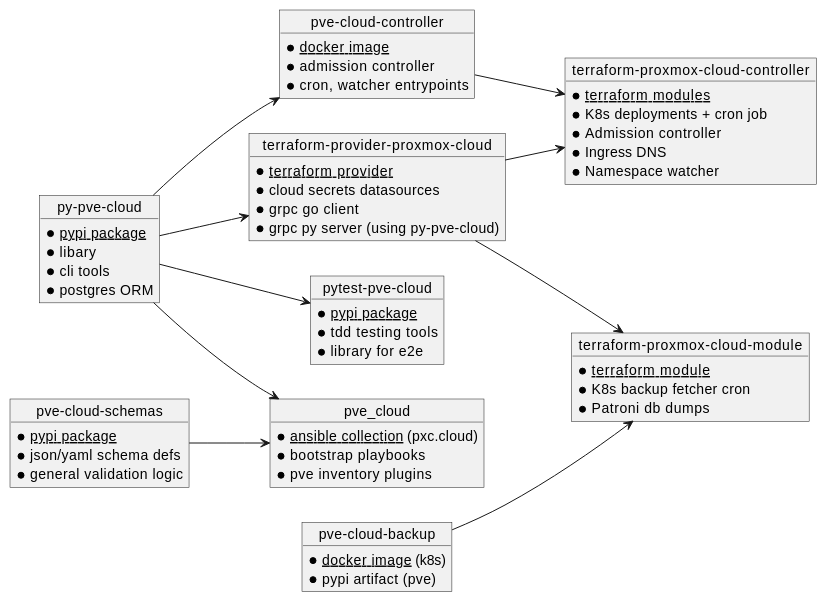
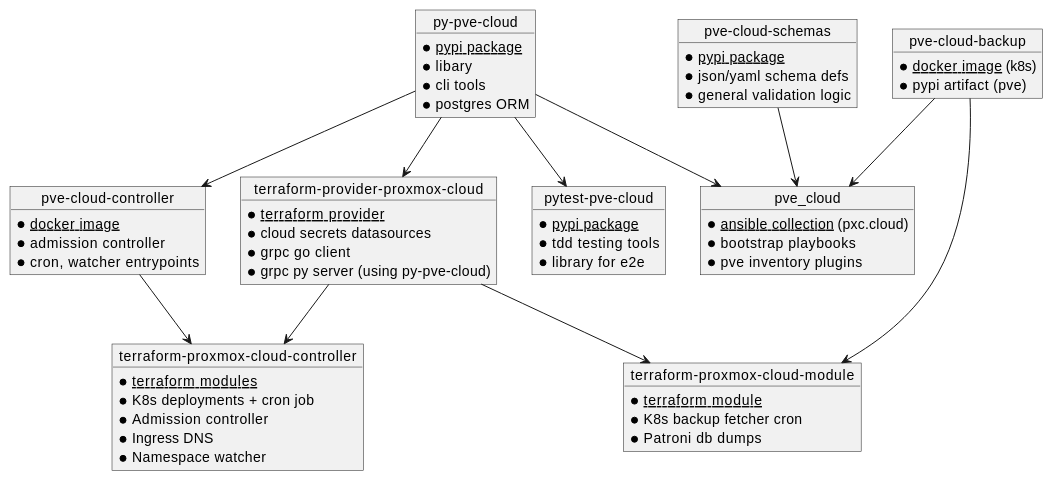
Before and after one commit to Proxmox-Cloud/pve_cloud: the diagram in docs/index.md, drawn with PlantUML.

````diff
--- a/docs/index.md
+++ b/docs/index.md
@@ -24,82 +24,82 @@
 ```puml
 @startuml
 
 ' Top-down hierarchy
-left to right direction
+top to bottom direction
 
 ' Define objects instead of packages
 object "py-pve-cloud" as py_pve_cloud {
    * <u>pypi package</u>
    * libary
    * cli tools
    * postgres ORM
 }
 
 
 object "terraform-provider-proxmox-cloud" as terraform_provider {
   * <u>terraform provider</u>
   * cloud secrets datasources
   * grpc go client
   * grpc py server (using py-pve-cloud)
 }
 
 object "terraform-proxmox-cloud-controller" as controller_module {
   * <u>terraform modules</u>
   * K8s deployments + cron job
   * Admission controller
   * Ingress DNS
   * Namespace watcher
 }
 
 object "terraform-proxmox-cloud-module" as backup_module {
   * <u>terraform module</u>
   * K8s backup fetcher cron
   * Patroni db dumps
 }
 
 object "pve-cloud-controller" as controller_image {
   * <u>docker image</u>
   * admission controller
   * cron, watcher entrypoints
 }
 
 object "pve-cloud-backup" as backup_image {
   * <u>docker image</u> (k8s)
   * pypi artifact (pve)
 }
 
 object "pve_cloud" as cloud_collection {
   * <u>ansible collection</u> (pxc.cloud)
   * bootstrap playbooks
   * pve inventory plugins
 }
 
 object "pve-cloud-schemas" as cloud_schemas {
   * <u>pypi package</u>
   * json/yaml schema defs
   * general validation logic
 }
 
 object "pytest-pve-cloud" as pytest_pve_cloud {
   * <u>pypi package</u>
   * tdd testing tools
   * library for e2e
 }
 
 ' Define edges (dependencies)
 py_pve_cloud --> cloud_collection
 py_pve_cloud --> controller_image
 py_pve_cloud --> pytest_pve_cloud
 py_pve_cloud --> terraform_provider
 
 terraform_provider --> controller_module
 terraform_provider --> backup_module
 
 controller_image --> controller_module
 backup_image --> backup_module
+backup_image --> cloud_collection
 
 cloud_schemas --> cloud_collection
 
 @enduml
-
 ```
````
